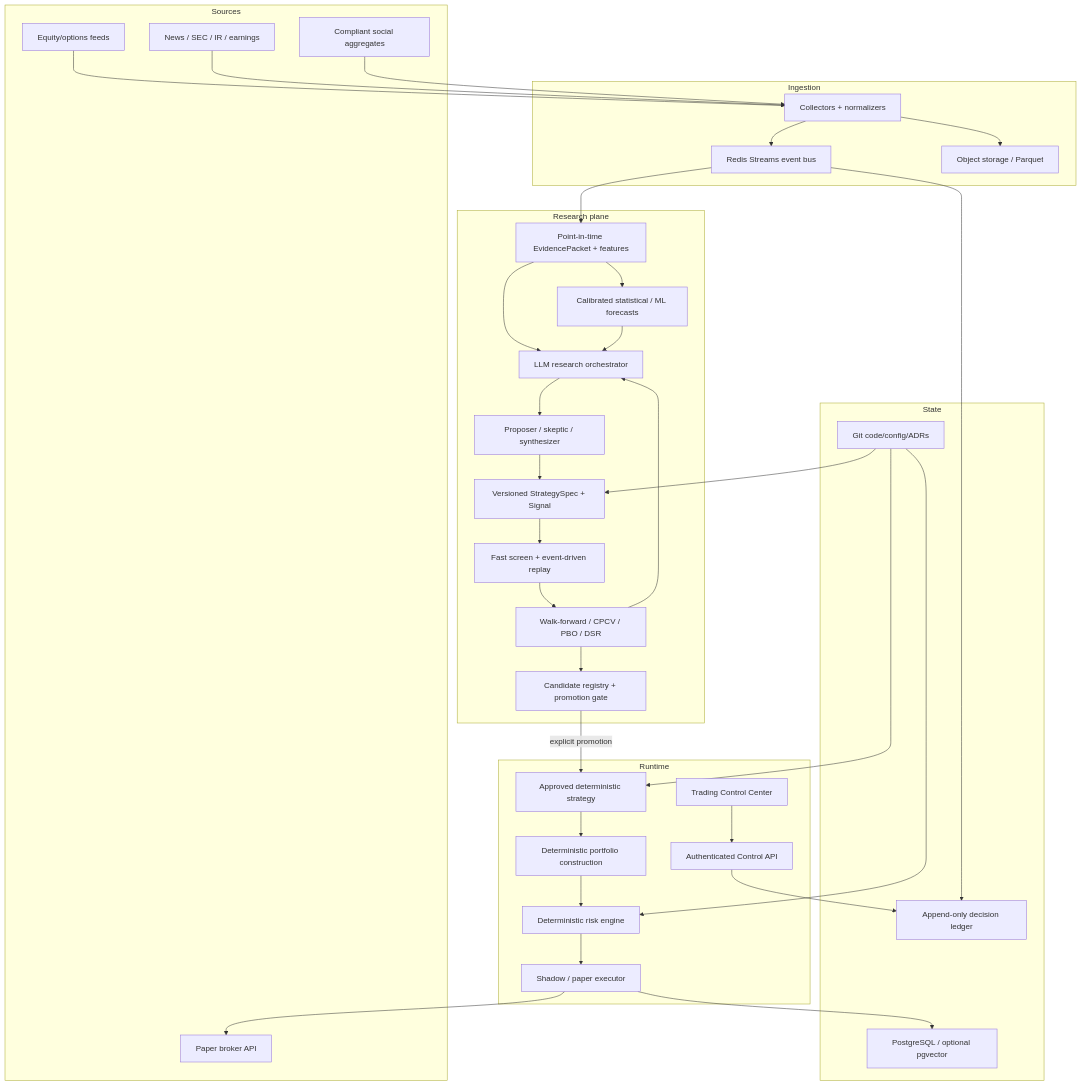
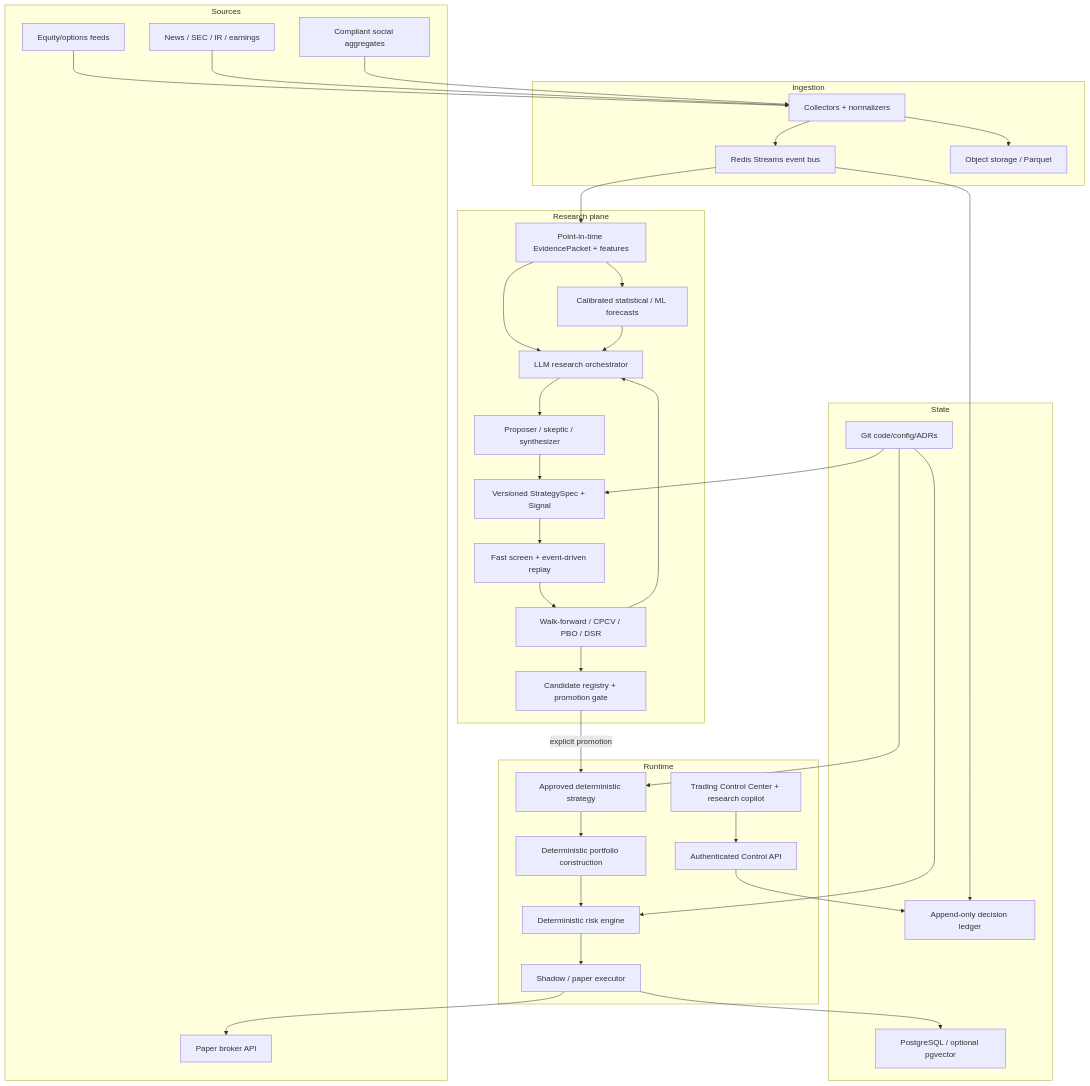
The second of 2 diagrams in context.md (wsjnohyeah/qagent), drawn with Mermaid before and after one commit. The commit also changed other lines of this file, not shown here.

````diff
--- a/context.md
+++ b/context.md
@@ -318,59 +322,59 @@
 ```mermaid
 flowchart TB
     subgraph Sources
       MARKET["Equity/options feeds"]
       DOCS["News / SEC / IR / earnings"]
       SOCIAL["Compliant social aggregates"]
       BROKER["Paper broker API"]
     end
     subgraph Ingestion
       COLLECT["Collectors + normalizers"]
       BUS["Redis Streams event bus"]
       RAW["Object storage / Parquet"]
     end
     subgraph Research["Research plane"]
       EVIDENCE["Point-in-time EvidencePacket + features"]
       ML["Calibrated statistical / ML forecasts"]
       LLM["LLM research orchestrator"]
       AGENTS["Proposer / skeptic / synthesizer"]
       SPEC["Versioned StrategySpec + Signal"]
       BACKTEST["Fast screen + event-driven replay"]
       VALIDATE["Walk-forward / CPCV / PBO / DSR"]
       REGISTRY["Candidate registry + promotion gate"]
     end
     subgraph Runtime
       APPROVED["Approved deterministic strategy"]
       PORTFOLIO["Deterministic portfolio construction"]
       HARD_RISK["Deterministic risk engine"]
       EXEC["Shadow / paper executor"]
       CONTROL["Authenticated Control API"]
-      WEB["Trading Control Center"]
+      WEB["Trading Control Center + research copilot"]
     end
     subgraph State
       POSTGRES["PostgreSQL / optional pgvector"]
       LEDGER2["Append-only decision ledger"]
       GIT["Git code/config/ADRs"]
     end
     MARKET --> COLLECT
     DOCS --> COLLECT
     SOCIAL --> COLLECT
     COLLECT --> BUS
     COLLECT --> RAW
     BUS --> EVIDENCE
     EVIDENCE --> ML
     EVIDENCE --> LLM
     ML --> LLM
     LLM --> AGENTS --> SPEC
     SPEC --> BACKTEST --> VALIDATE --> REGISTRY
     VALIDATE --> LLM
     REGISTRY -->|explicit promotion| APPROVED
     APPROVED --> PORTFOLIO --> HARD_RISK
     HARD_RISK --> EXEC --> BROKER
     EXEC --> POSTGRES
     BUS --> LEDGER2
     CONTROL --> LEDGER2
     WEB --> CONTROL
     GIT --> SPEC
     GIT --> APPROVED
     GIT --> HARD_RISK
 ```
````
